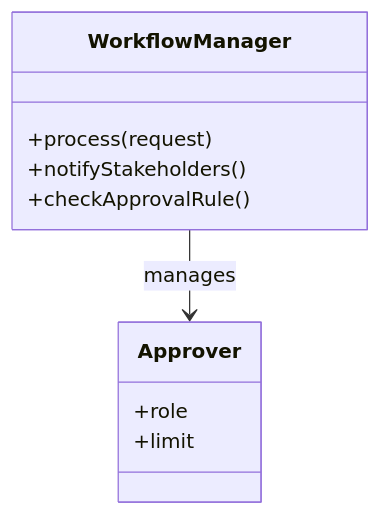
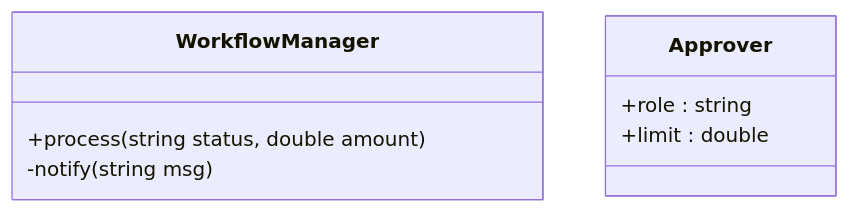
One commit to kumachan1101-pixel/DesignPattern changed the second of 9 diagrams in kindle/design-patterns/output/chapter12.md. Above: the diagram before and after it, drawn with Mermaid. The commit also changed other lines of this file and 4 other files, not shown here.

First line of the commit message:
fix: ch08-12 クラス図修正・フェーズ6ステップ1再構成

````diff
--- a/kindle/design-patterns/output/chapter12.md
+++ b/kindle/design-patterns/output/chapter12.md
@@ -125,13 +125,11 @@
 ```mermaid
 classDiagram
     class WorkflowManager {
-        +process(request)
-        +notifyStakeholders()
-        +checkApprovalRule()
+        +process(string status, double amount)
+        -notify(string msg)
     }
     class Approver {
-        +role
-        +limit
+        +role : string
+        +limit : double
     }
-    WorkflowManager --> Approver : manages
 ```
````
